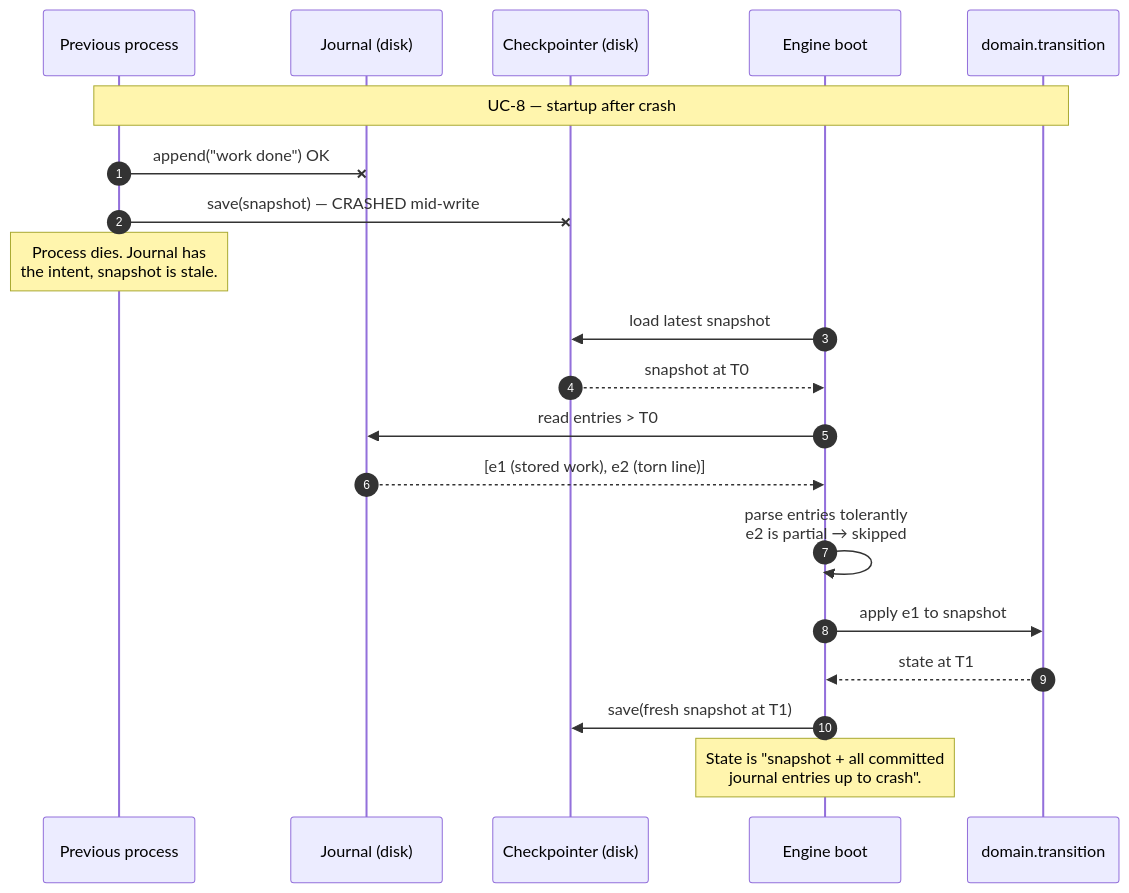
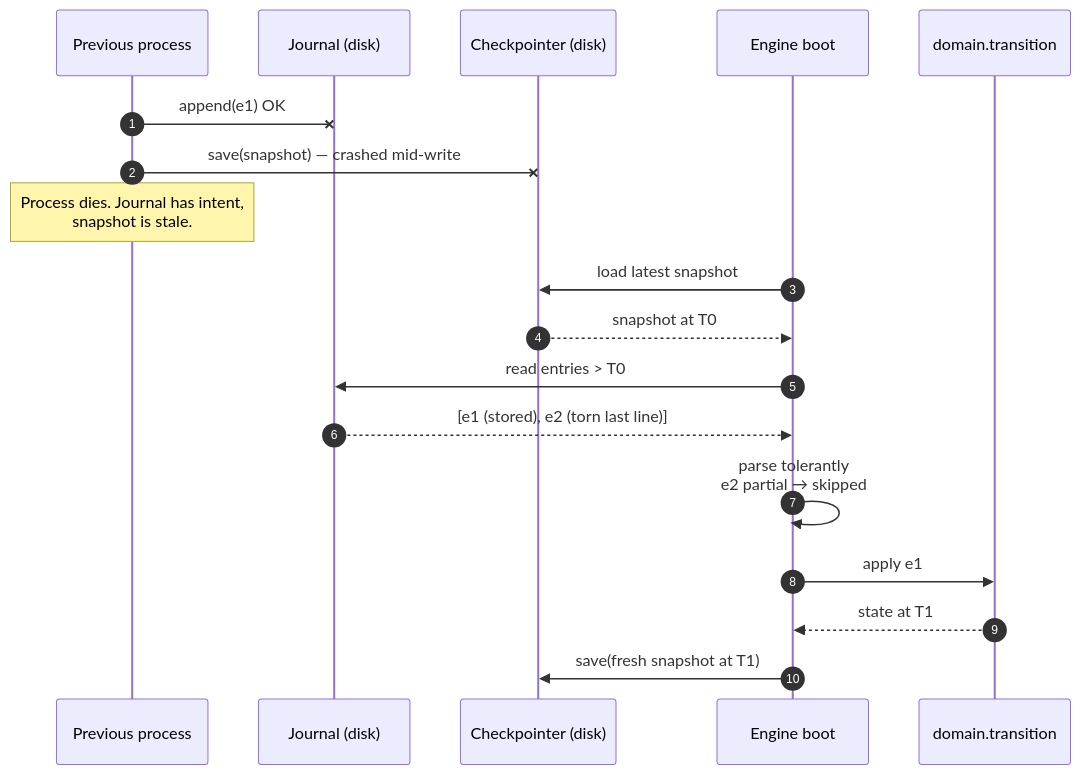
Before and after one commit to foreman-lab/handbook: the fourth of 5 diagrams in architecture.md, drawn with Mermaid. The commit also changed other lines of this file, not shown here.

First line of the commit message:
docs: make state machine architecture standalone (no transport)

````diff
--- a/architecture.md
+++ b/architecture.md
@@ -493,27 +463,23 @@
 ```mermaid
 sequenceDiagram
     autonumber
-    participant Proc as Previous process
+    participant Old as Previous process
     participant JR as Journal (disk)
     participant CP as Checkpointer (disk)
     participant Boot as Engine boot
     participant Dom as domain.transition
 
-    Note over Proc,Dom: UC-8 — startup after crash
-
-    Proc-xJR: append("work done") OK
-    Proc-xCP: save(snapshot) — CRASHED mid-write
-    Note over Proc: Process dies. Journal has<br/>the intent, snapshot is stale.
+    Old-xJR: append(e1) OK
+    Old-xCP: save(snapshot) — crashed mid-write
+    Note over Old: Process dies. Journal has intent,<br/>snapshot is stale.
 
     Boot->>CP: load latest snapshot
     CP-->>Boot: snapshot at T0
     Boot->>JR: read entries > T0
-    JR-->>Boot: [e1 (stored work), e2 (torn line)]
+    JR-->>Boot: [e1 (stored), e2 (torn last line)]
 
-    Boot->>Boot: parse entries tolerantly<br/>e2 is partial → skipped
-    Boot->>Dom: apply e1 to snapshot
+    Boot->>Boot: parse tolerantly<br/>e2 partial → skipped
+    Boot->>Dom: apply e1
     Dom-->>Boot: state at T1
     Boot->>CP: save(fresh snapshot at T1)
-
-    Note over Boot: State is "snapshot + all committed<br/>journal entries up to crash".
 ```
````
